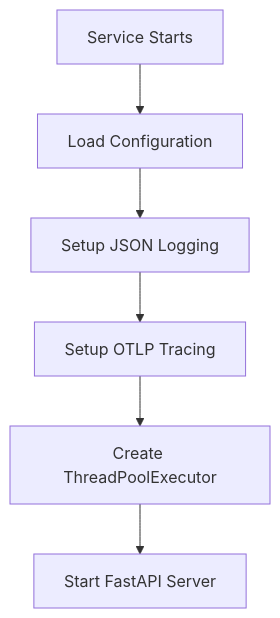
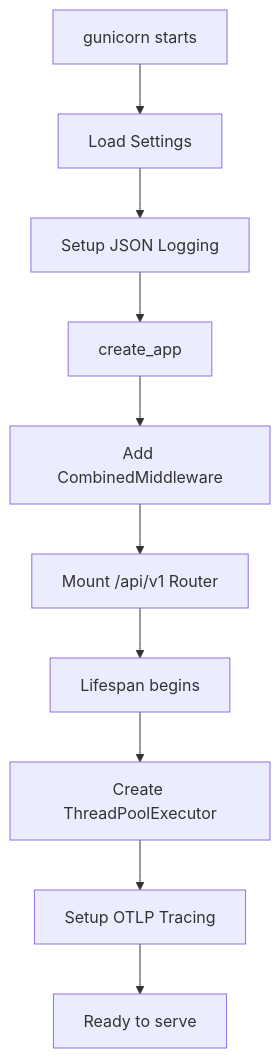
Before and after one commit to kunalPisolkar24/detectAI: the third of 6 diagrams in services/document-parser/docs/concepts/architecture.md, drawn with Mermaid. The commit also changed other lines of this file and 9 other files, not shown here.

````diff
--- a/services/document-parser/docs/concepts/architecture.md
+++ b/services/document-parser/docs/concepts/architecture.md
@@ -148,8 +160,12 @@
 ```mermaid
 graph TB
-    Start[Service Starts] --> Config[Load Configuration]
+    Start[gunicorn starts] --> Config[Load Settings]
     Config --> Log[Setup JSON Logging]
-    Log --> Trace[Setup OTLP Tracing]
-    Trace --> Pool[Create ThreadPoolExecutor]
-    Pool --> FastAPI[Start FastAPI Server]
+    Log --> App[create_app]
+    App --> Middleware[Add CombinedMiddleware]
+    Middleware --> Router[Mount /api/v1 Router]
+    Router --> Lifespan[Lifespan begins]
+    Lifespan --> Pool[Create ThreadPoolExecutor]
+    Pool --> Tracing[Setup OTLP Tracing]
+    Tracing --> Ready[Ready to serve]
 ```
````
